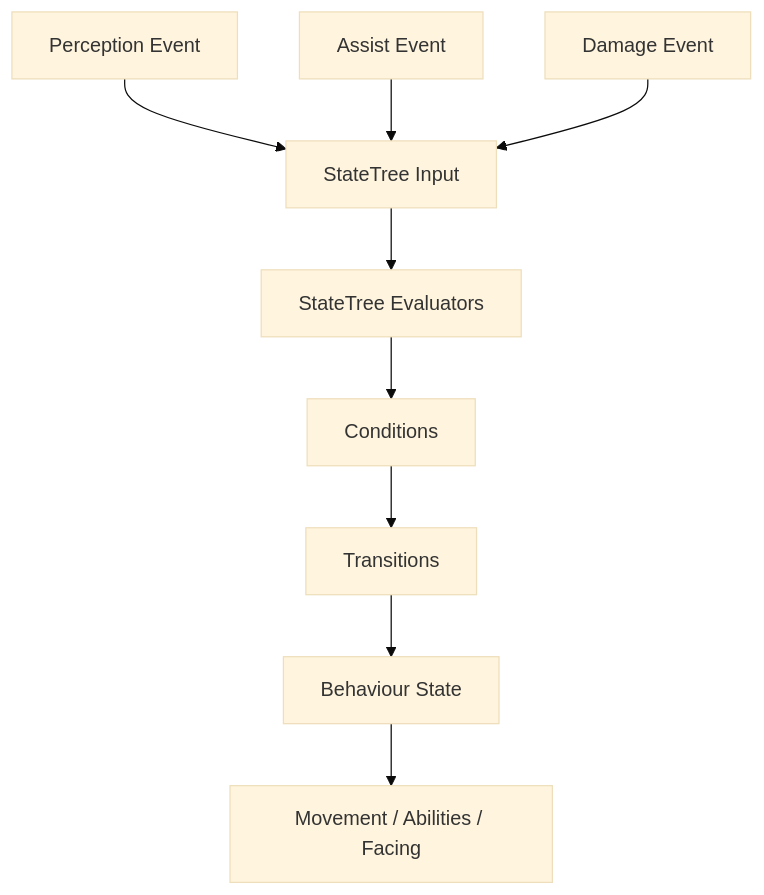
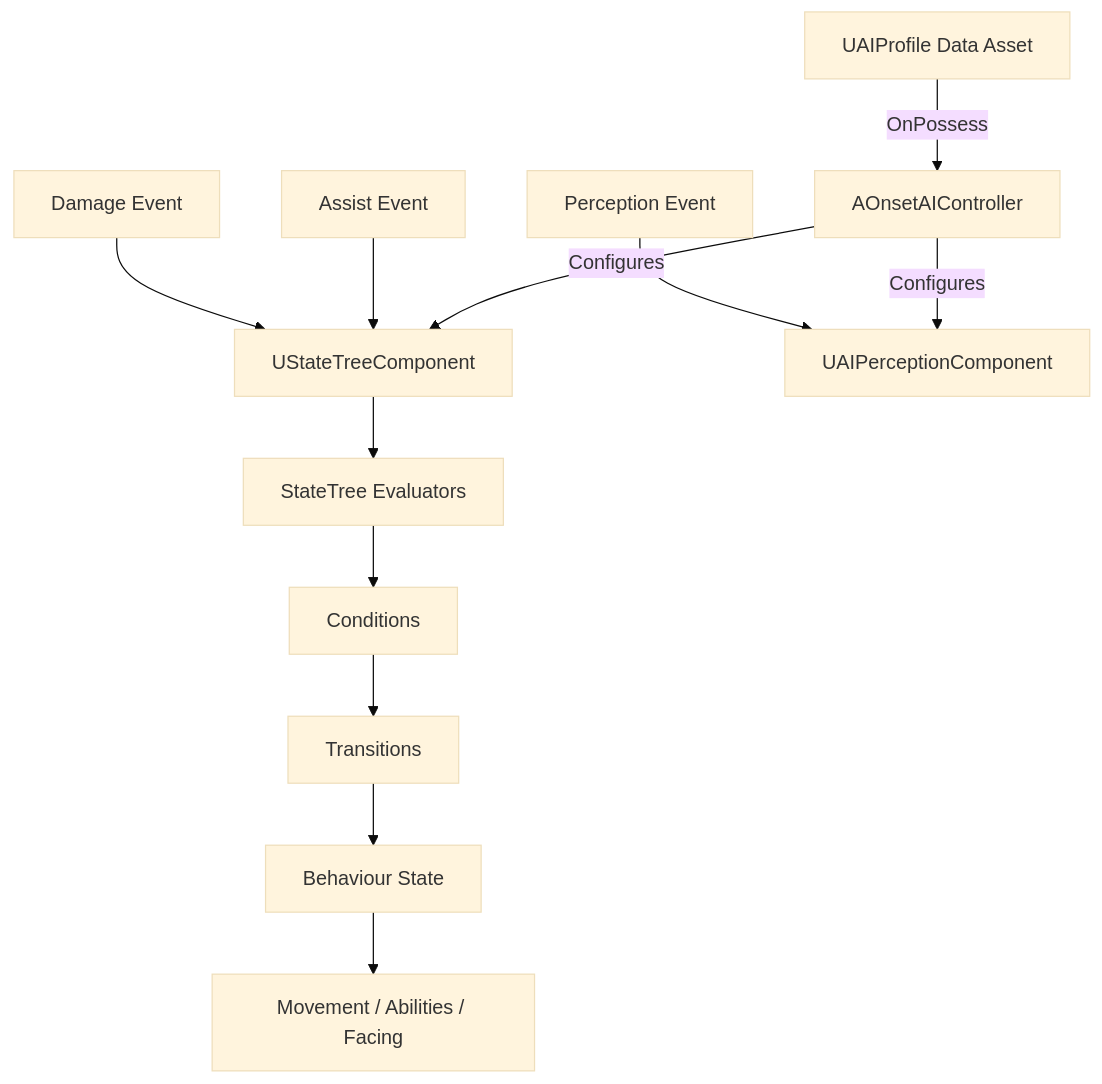
One commit to maximoh-mmo/PortfolioTutorial changed the second of 2 diagrams in Docs/AI/NPC_AI_System.md. Above: the diagram before and after it, drawn with Mermaid (base theme). The commit also changed other lines of this file and 32 other files, not shown here.

````diff
--- a/Docs/AI/NPC_AI_System.md
+++ b/Docs/AI/NPC_AI_System.md
@@ -116,12 +113,16 @@
 ```mermaid
 flowchart TD
-    PE[Perception Event] --> ST[StateTree Input]
-    AE[Assist Event] --> ST
-    DE[Damage Event] --> ST
+    Profile[UAIProfile Data Asset] -->|OnPossess| AIC[AOnsetAIController]
+    AIC -->|Configures| STComp[UStateTreeComponent]
+    AIC -->|Configures| PComp[UAIPerceptionComponent]
 
-    ST --> Eval[StateTree Evaluators]
+    PE[Perception Event] --> PComp
+    AE[Assist Event] --> STComp
+    DE[Damage Event] --> STComp
+
+    STComp --> Eval[StateTree Evaluators]
     Eval --> Cond[Conditions]
     Cond --> Trans[Transitions]
     Trans --> State[Behaviour State]
     State --> Move[Movement / Abilities / Facing]
 ```
````
